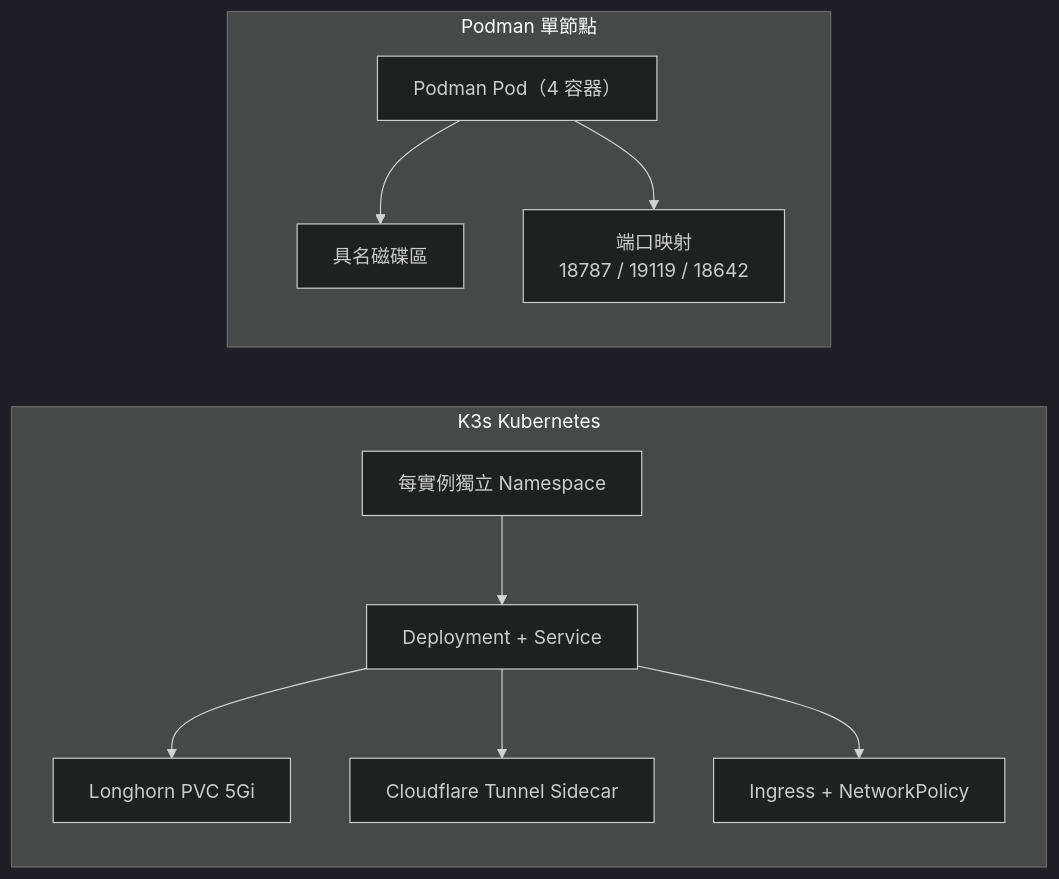
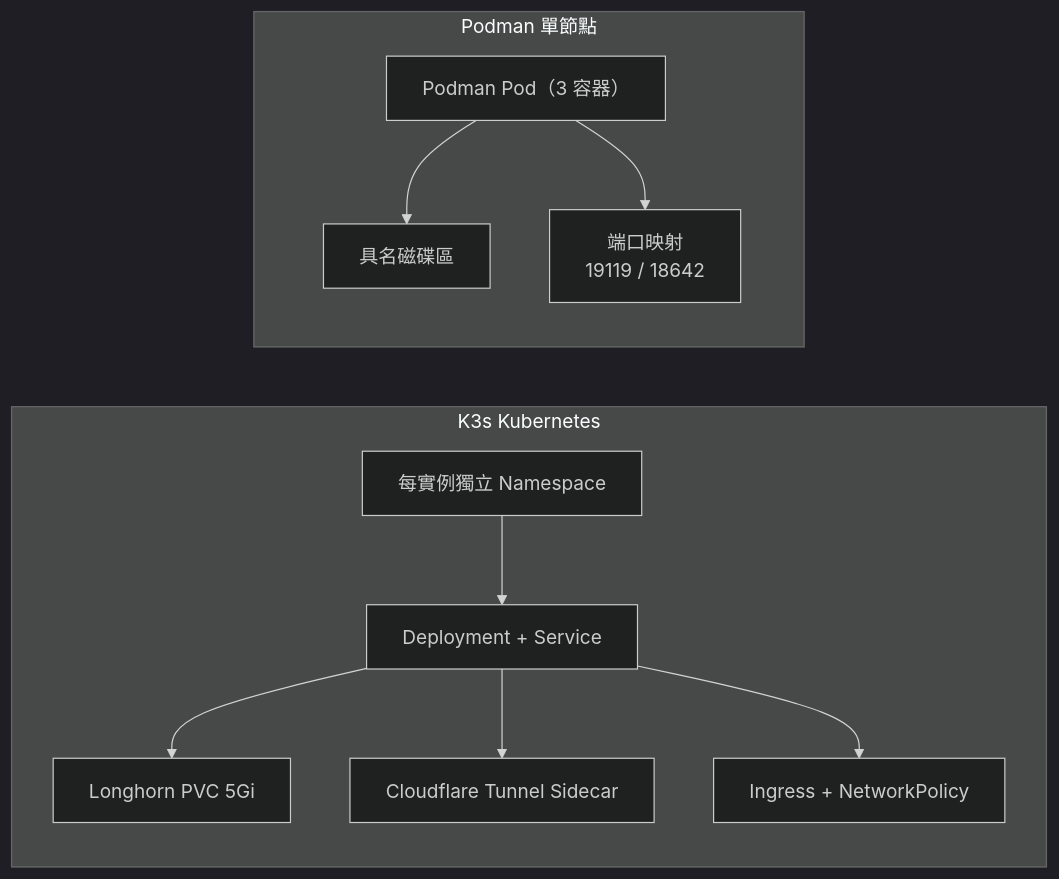
The fifth of 5 diagrams in README_zh-TW.md (WOOWTECH/Woow_podman_hermes), drawn with Mermaid (dark theme) before and after one commit. The commit also changed other lines of this file and 43 other files, not shown here.

````diff
--- a/README_zh-TW.md
+++ b/README_zh-TW.md
@@ -227,23 +211,23 @@
 ```mermaid
 graph LR
     subgraph K3s["K3s Kubernetes"]
         direction TB
         K_NS["每實例獨立 Namespace"]
         K_DEP["Deployment + Service"]
         K_PVC["Longhorn PVC 5Gi"]
         K_CF["Cloudflare Tunnel Sidecar"]
         K_ING["Ingress + NetworkPolicy"]
         K_NS --> K_DEP --> K_PVC
         K_DEP --> K_CF
         K_DEP --> K_ING
     end
 
     subgraph Podman["Podman 單節點"]
         direction TB
-        P_POD["Podman Pod（4 容器）"]
+        P_POD["Podman Pod（3 容器）"]
         P_VOL["具名磁碟區"]
-        P_PORT["端口映射<br/>18787 / 19119 / 18642"]
+        P_PORT["端口映射<br/>19119 / 18642"]
         P_POD --> P_VOL
         P_POD --> P_PORT
     end
 ```
````
